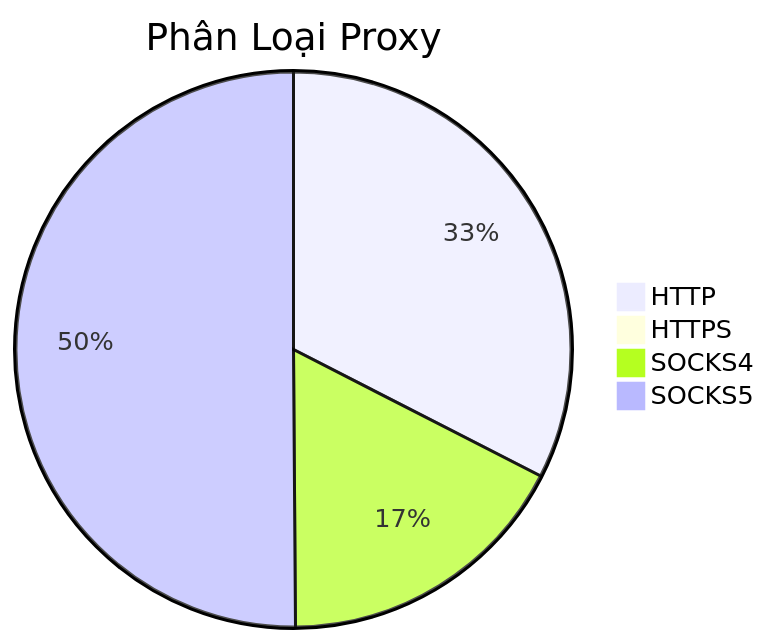
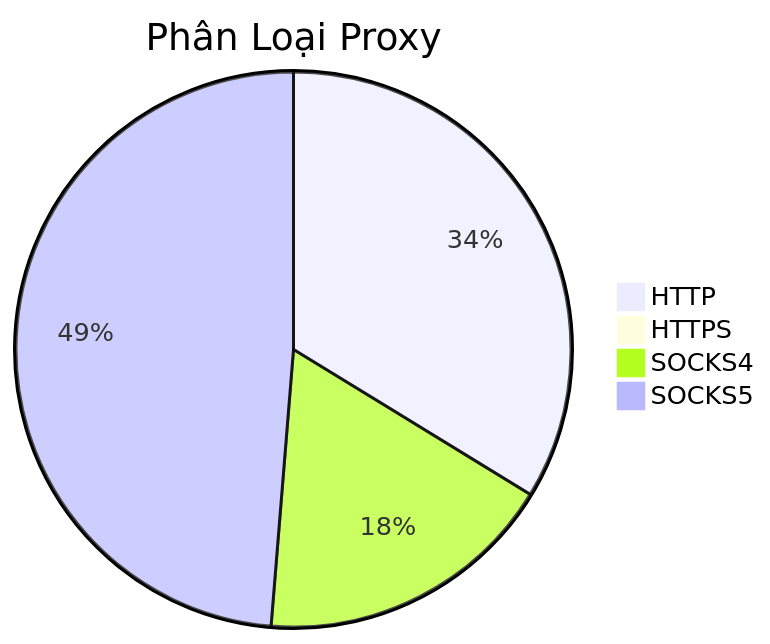
The diagram in README.md (Ciara-Aa/PROXY-free), drawn with Mermaid before and after one commit. The commit also changed other lines of this file and 4 other files, not shown here.

````diff
--- a/README.md
+++ b/README.md
@@ -26,7 +26,7 @@
 ```mermaid
 pie title Phân Loại Proxy
-    "HTTP" : 568
-    "HTTPS" : 1
-    "SOCKS4" : 303
-    "SOCKS5" : 875
+    "HTTP" : 550
+    "HTTPS" : 0
+    "SOCKS4" : 286
+    "SOCKS5" : 794
 ```
````
